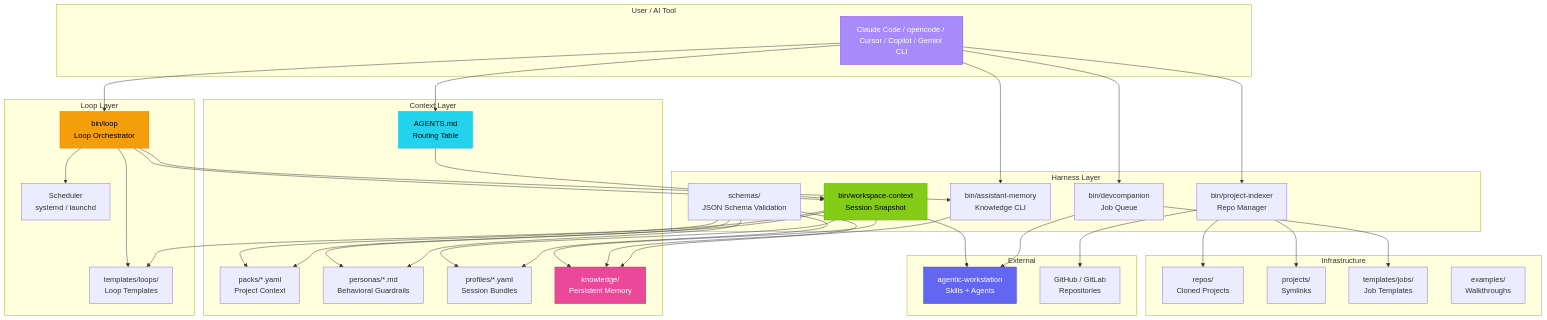
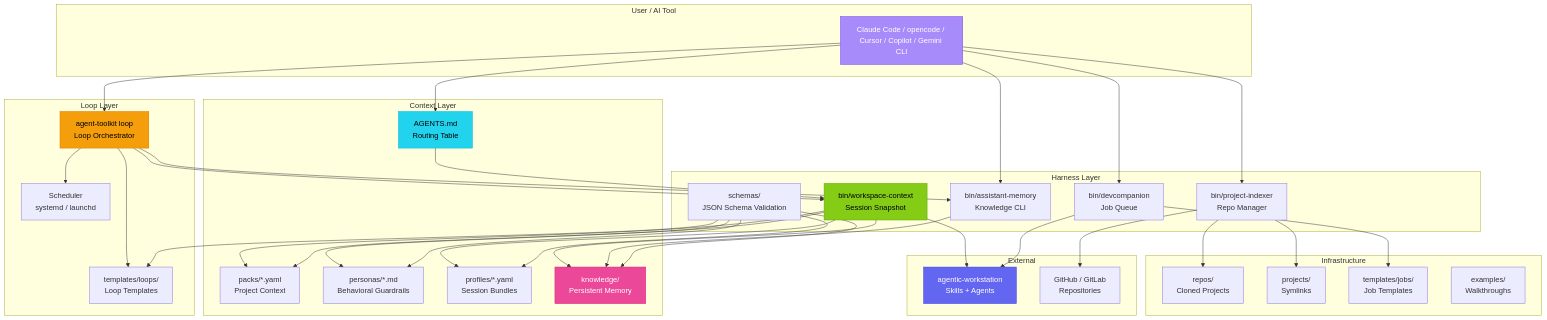
Before and after one commit to ulises-jeremias/agentic-harness: the first of 2 diagrams in docs/ARCHITECTURE.md, drawn with Mermaid. The commit also changed other lines of this file and 29 other files, not shown here.

First line of the commit message:
chore: delete bin/loop + bin/loop-gh-gate — use agent-toolkit loop directly

````diff
--- a/docs/ARCHITECTURE.md
+++ b/docs/ARCHITECTURE.md
@@ -9,79 +9,79 @@
 ```mermaid
 graph TB
     subgraph "User / AI Tool"
         AI[Claude Code / opencode / Cursor / Copilot / Gemini CLI]
     end
 
     subgraph "Context Layer"
         AGENTS[AGENTS.md<br/>Routing Table]
         PACKS[packs/*.yaml<br/>Project Context]
         PERSONAS[personas/*.md<br/>Behavioral Guardrails]
         PROFILES[profiles/*.yaml<br/>Session Bundles]
         KNOWLEDGE[knowledge/<br/>Persistent Memory]
     end
 
     subgraph "Harness Layer"
         WCTX[bin/workspace-context<br/>Session Snapshot]
         AMEM[bin/assistant-memory<br/>Knowledge CLI]
         DC[bin/devcompanion<br/>Job Queue]
         PI[bin/project-indexer<br/>Repo Manager]
         SCHEMAS[schemas/<br/>JSON Schema Validation]
     end
 
     subgraph "Loop Layer"
-        LOOP[bin/loop<br/>Loop Orchestrator]
+        LOOP[agent-toolkit loop<br/>Loop Orchestrator]
         TEMPLATES[templates/loops/<br/>Loop Templates]
         SCHEDULER[Scheduler<br/>systemd / launchd]
     end
 
     subgraph "Infrastructure"
         REPOS[repos/<br/>Cloned Projects]
         PROJS[projects/<br/>Symlinks]
         JOBS[templates/jobs/<br/>Job Templates]
         EXAMPLES[examples/<br/>Walkthroughs]
     end
 
     subgraph "External"
         WS[agentic-workstation<br/>Skills + Agents]
         GIT[GitHub / GitLab<br/>Repositories]
     end
 
     AI --> AGENTS
     AGENTS --> WCTX
     WCTX --> PACKS
     WCTX --> PERSONAS
     WCTX --> PROFILES
     WCTX --> KNOWLEDGE
     WCTX --> WS
 
     AI --> AMEM
     AMEM --> KNOWLEDGE
 
     AI --> DC
     DC --> JOBS
     DC --> WS
 
     AI --> PI
     PI --> REPOS
     PI --> PROJS
     PI --> GIT
 
     AI --> LOOP
     LOOP --> TEMPLATES
     LOOP --> SCHEDULER
     LOOP --> WCTX
     LOOP --> AMEM
 
     SCHEMAS --> PACKS
     SCHEMAS --> PERSONAS
     SCHEMAS --> PROFILES
     SCHEMAS --> KNOWLEDGE
     SCHEMAS --> TEMPLATES
 
     style AI fill:#a78bfa,stroke:#7c3aed,color:#fff
     style AGENTS fill:#22d3ee,stroke:#06b6d4,color:#000
     style WCTX fill:#84cc16,stroke:#65a30d,color:#000
     style LOOP fill:#f59e0b,stroke:#d97706,color:#000
     style KNOWLEDGE fill:#ec4899,stroke:#db2777,color:#fff
     style WS fill:#6366f1,stroke:#4f46e5,color:#fff
 ```
````
